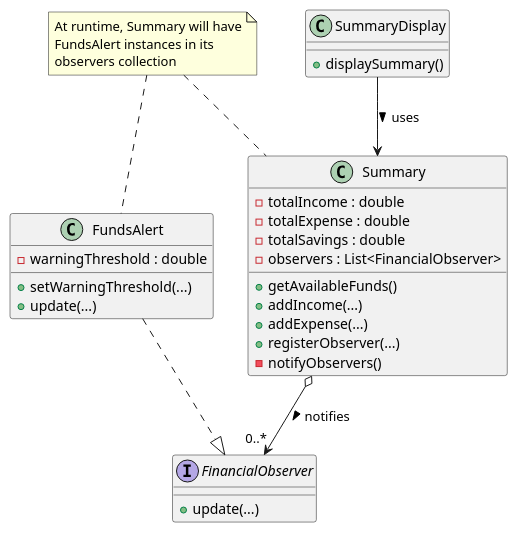
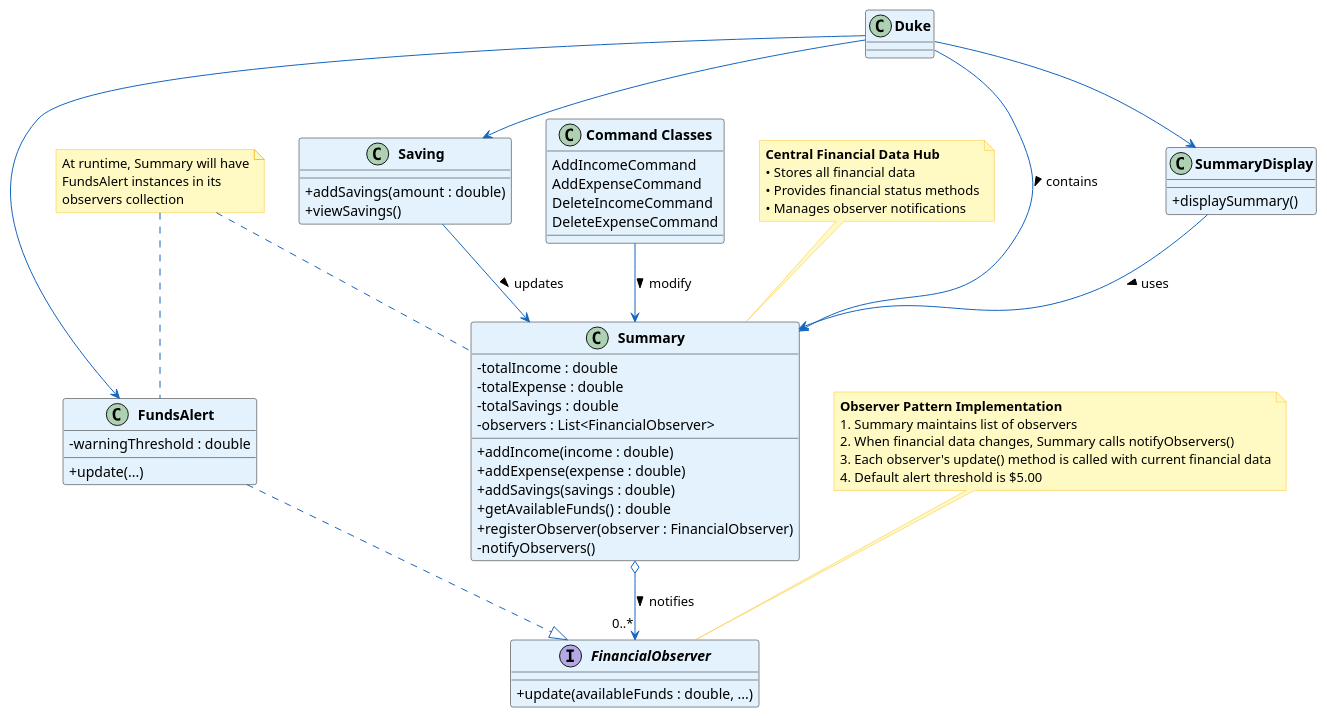
Before and after one commit to xiaojielei/tp: the diagram in docs/puml/Summary.puml, drawn with PlantUML. The commit also changed 5 other files, not shown here.

```diff
--- a/docs/puml/Summary.puml
+++ b/docs/puml/Summary.puml
@@ -1,40 +1,76 @@
 @startuml
-'Summary class diagram for budget tracker application
-
+' Class diagram focusing on Summary and its relationships
+skinparam classAttributeIconSize 0
+skinparam classFontStyle bold
+skinparam classBackgroundColor #E3F2FD
+skinparam classArrowColor #1565C0
+skinparam noteBackgroundColor #FFF9C4
+skinparam noteBorderColor #FBC02D
 
   class Summary {
+    ' Core attributes
     - totalIncome : double
     - totalExpense : double
     - totalSavings : double
     - observers : List<FinancialObserver>
-    + getAvailableFunds()
-    + addIncome(...)
-    + addExpense(...)
-    + registerObserver(...)
+    ' Key methods for external interaction
+    + addIncome(income : double)
+    + addExpense(expense : double)
+    + addSavings(savings : double)
+    + getAvailableFunds() : double
+    + registerObserver(observer : FinancialObserver)
     - notifyObservers()
   }
 
   interface FinancialObserver {
-    + update(...)
+    + update(availableFunds : double, ...)
   }
 
   class FundsAlert {
     - warningThreshold : double
-    + setWarningThreshold(...)
     + update(...)
   }
 
   class SummaryDisplay {
     + displaySummary()
   }
 
+  class Saving {
+    + addSavings(amount : double)
+    + viewSavings()
+  }
+
+  class Duke {
+    ' Main controller
+  }
+
+  ' Command classes that update Summary
+  class "Command Classes" as Commands {
+    AddIncomeCommand
+    AddExpenseCommand
+    DeleteIncomeCommand
+    DeleteExpenseCommand
+  }
+
+  ' Relationships centered around Summary
   Summary o--> "0..*" FinancialObserver : notifies >
   FundsAlert ..|> FinancialObserver
   SummaryDisplay --> Summary : uses >
-  
+  Saving --> Summary : updates >
+  Commands --> Summary : modify >
+  Duke --> Summary : contains >
+  Duke --> SummaryDisplay
+  Duke --> Saving
+  Duke --> FundsAlert
+
+  note "**Central Financial Data Hub**\n• Stores all financial data\n• Provides financial status methods\n• Manages observer notifications" as N0
+  N0 .. Summary
+
   note "At runtime, Summary will have\nFundsAlert instances in its\nobservers collection" as N1
   N1 .. Summary
   N1 .. FundsAlert
 
+  note "**Observer Pattern Implementation**\n1. Summary maintains list of observers\n2. When financial data changes, Summary calls notifyObservers()\n3. Each observer's update() method is called with current financial data\n4. Default alert threshold is $5.00" as N2
+  N2 .. FinancialObserver
 
 @enduml
```
